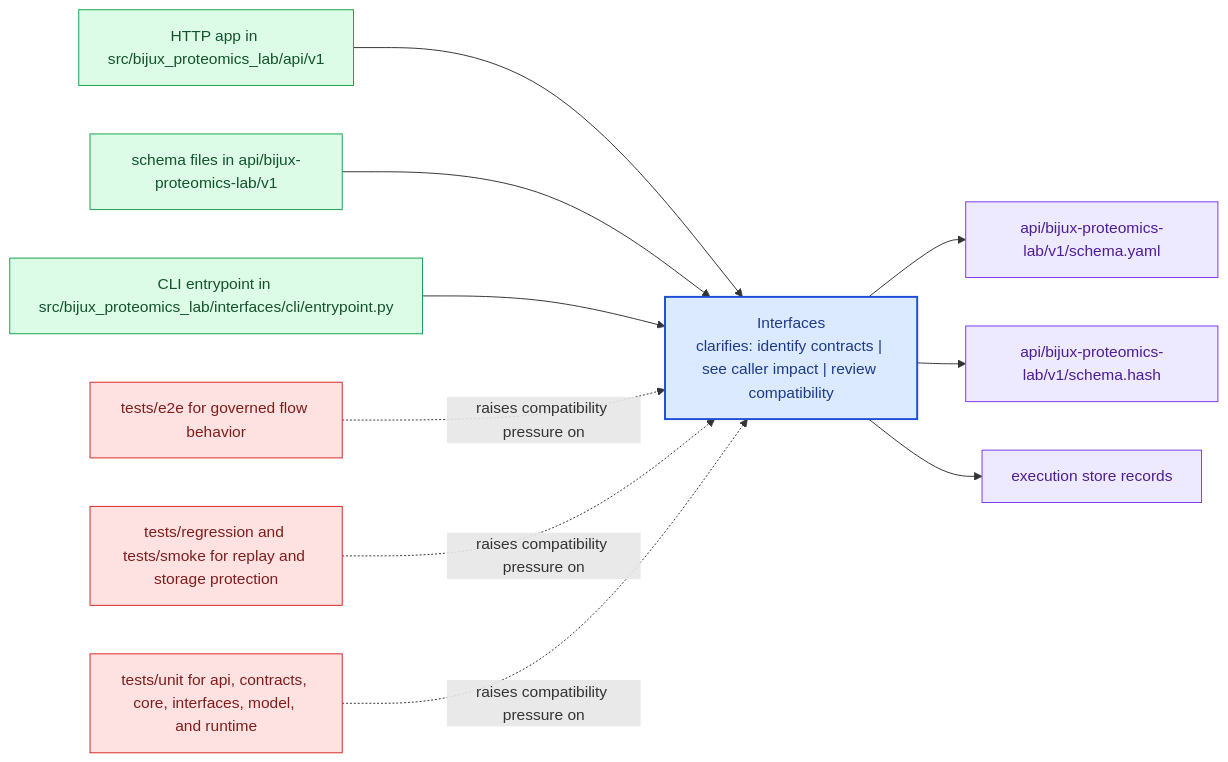
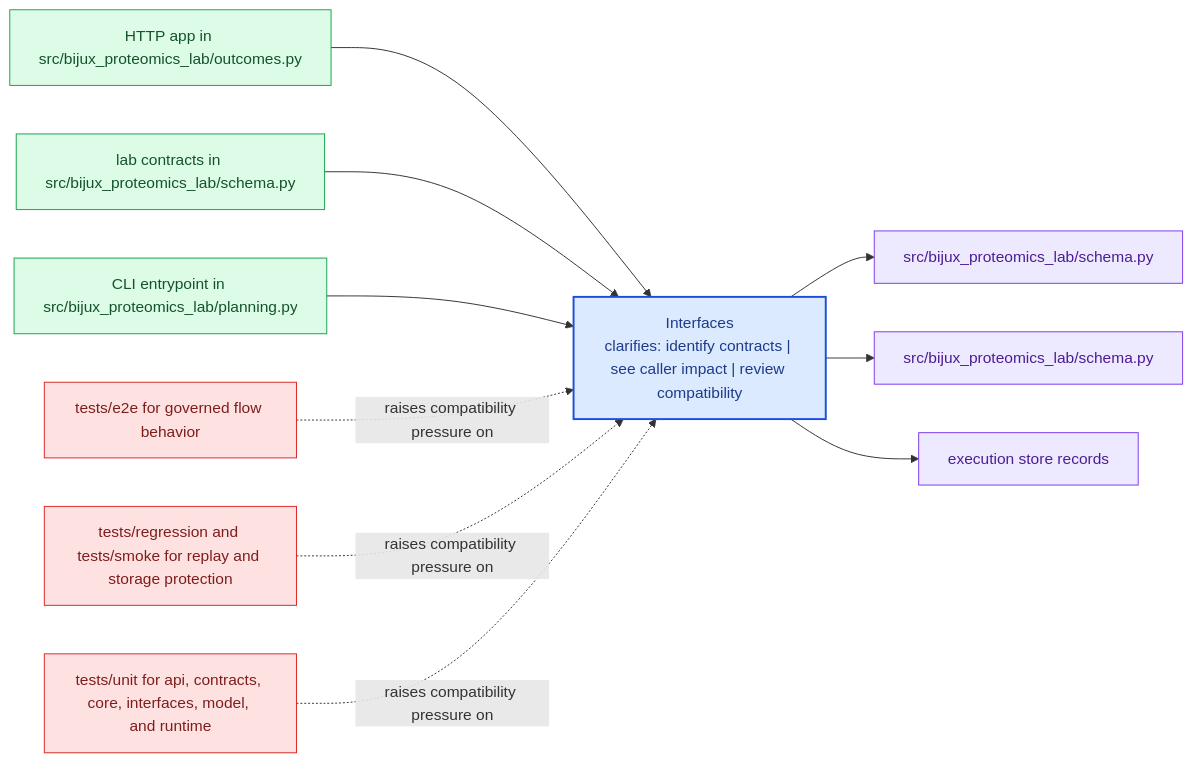
Before and after one commit to bijux/bijux-proteomics: the diagram in docs/bijux-proteomics-lab/interfaces/index.md, drawn with Mermaid. The commit also changed other lines of this file and 24 other files, not shown here.

Commit message:
docs(bijux-proteomics-lab): align handbook with assay planning and outcome loops

````diff
--- a/docs/bijux-proteomics-lab/interfaces/index.md
+++ b/docs/bijux-proteomics-lab/interfaces/index.md
@@ -20,31 +20,31 @@
 ```mermaid
 flowchart LR
     page["Interfaces<br/>clarifies: identify contracts | see caller impact | review compatibility"]
     classDef page fill:#dbeafe,stroke:#1d4ed8,color:#1e3a8a,stroke-width:2px;
     classDef positive fill:#dcfce7,stroke:#16a34a,color:#14532d;
     classDef caution fill:#fee2e2,stroke:#dc2626,color:#7f1d1d;
     classDef anchor fill:#ede9fe,stroke:#7c3aed,color:#4c1d95;
     classDef action fill:#fef3c7,stroke:#d97706,color:#7c2d12;
-    surface1["HTTP app in src/bijux_proteomics_lab/api/v1"]
+    surface1["HTTP app in src/bijux_proteomics_lab/outcomes.py"]
     surface1 --> page
-    surface2["schema files in api/bijux-proteomics-lab/v1"]
+    surface2["lab contracts in src/bijux_proteomics_lab/schema.py"]
     surface2 --> page
-    surface3["CLI entrypoint in src/bijux_proteomics_lab/interfaces/cli/entrypoint.py"]
+    surface3["CLI entrypoint in src/bijux_proteomics_lab/planning.py"]
     surface3 --> page
-    proof1["api/bijux-proteomics-lab/v1/schema.yaml"]
+    proof1["src/bijux_proteomics_lab/schema.py"]
     page --> proof1
-    proof2["api/bijux-proteomics-lab/v1/schema.hash"]
+    proof2["src/bijux_proteomics_lab/schema.py"]
     page --> proof2
     proof3["execution store records"]
     page --> proof3
     review1["tests/e2e for governed flow behavior"]
     review1 -.raises compatibility pressure on.-> page
     review2["tests/regression and tests/smoke for replay and storage protection"]
     review2 -.raises compatibility pressure on.-> page
     review3["tests/unit for api, contracts, core, interfaces, model, and runtime"]
     review3 -.raises compatibility pressure on.-> page
     class page page;
     class surface1,surface2,surface3 positive;
     class proof1,proof2,proof3 anchor;
     class review1,review2,review3 caution;
 ```
````
